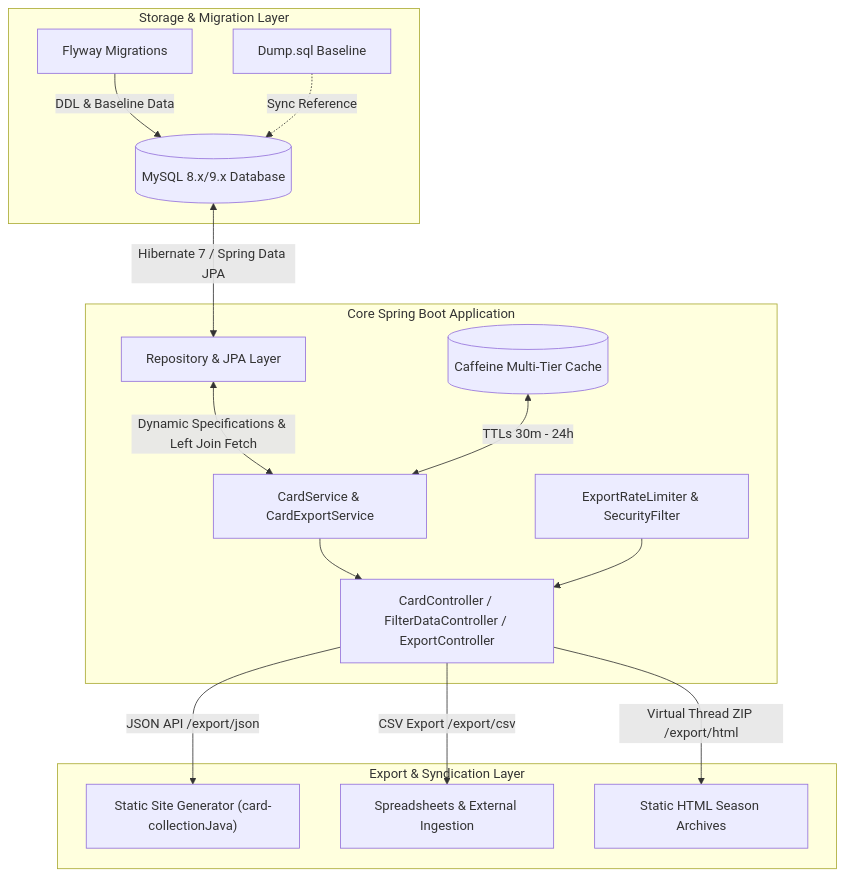
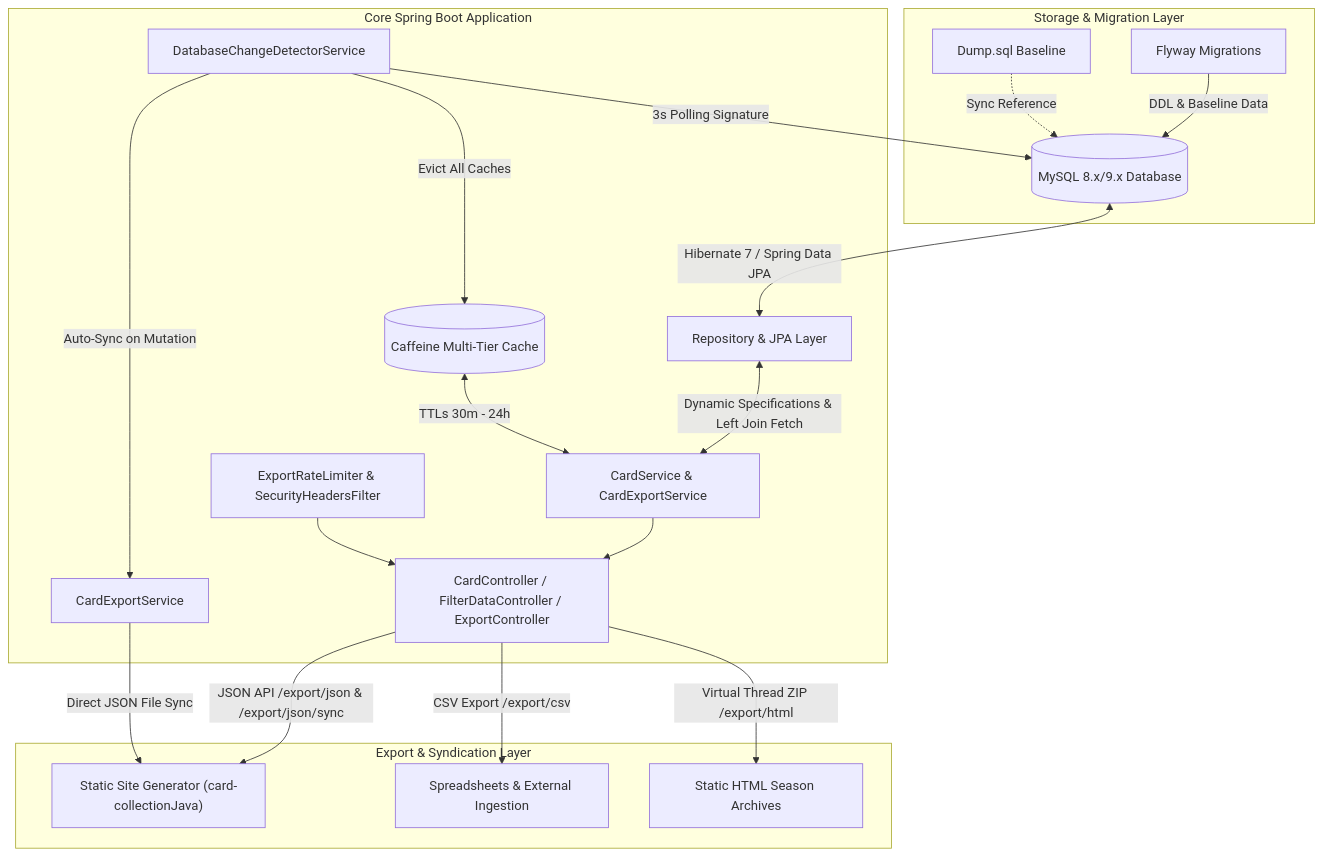
One commit to AndreasBild/card-collection changed the first of 5 diagrams in ARCHITECTURE.md. Above: the diagram before and after it, drawn with Mermaid. The commit also changed other lines of this file and 2 other files, not shown here.

Commit message:
docs: synchronize ARCHITECTURE.md, AGENTS.md, and README.md with latest engine features

````diff
--- a/ARCHITECTURE.md
+++ b/ARCHITECTURE.md
@@ -9,21 +9,25 @@
 ```mermaid
 graph TD
     subgraph Storage & Migration Layer
         FW[Flyway Migrations] -->|DDL & Baseline Data| DB[(MySQL 8.x/9.x Database)]
         DUMP[Dump.sql Baseline] -.->|Sync Reference| DB
     end
 
     subgraph Core Spring Boot Application
         DB <-->|Hibernate 7 / Spring Data JPA| REPO[Repository & JPA Layer]
         REPO <-->|Dynamic Specifications & Left Join Fetch| SRV[CardService & CardExportService]
         CACHE[(Caffeine Multi-Tier Cache)] <-->|TTLs 30m - 24h| SRV
+        DETECTOR[DatabaseChangeDetectorService] -->|3s Polling Signature| DB
+        DETECTOR -->|Evict All Caches| CACHE
+        DETECTOR -->|Auto-Sync on Mutation| EXP[CardExportService]
         SRV --> CTRL[CardController / FilterDataController / ExportController]
-        LIMITER[ExportRateLimiter & SecurityFilter] --> CTRL
+        LIMITER[ExportRateLimiter & SecurityHeadersFilter] --> CTRL
     end
 
     subgraph Export & Syndication Layer
-        CTRL -->|JSON API /export/json| SSG["Static Site Generator (card-collectionJava)"]
+        CTRL -->|JSON API /export/json & /export/json/sync| SSG["Static Site Generator (card-collectionJava)"]
+        EXP -->|Direct JSON File Sync| SSG
         CTRL -->|CSV Export /export/csv| CSV[Spreadsheets & External Ingestion]
         CTRL -->|Virtual Thread ZIP /export/html| HTML[Static HTML Season Archives]
     end
 ```
````
